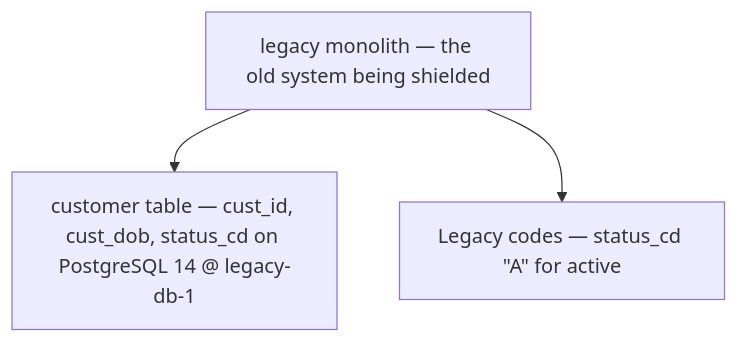
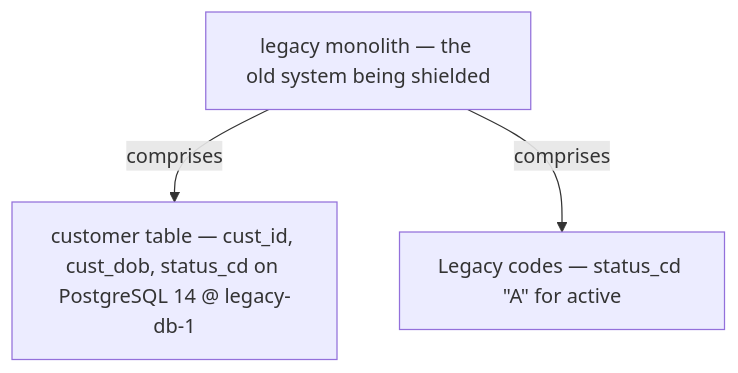
One commit to vinayakuber/microservices-io-study-guide changed the sixth of 12 diagrams in docs/ch43-anti-corruption-layer.md. Above: the diagram before and after it, drawn with Mermaid. The commit also changed other lines of this file and 71 other files, not shown here.

First line of the commit message:
R18: label every diagram arrow with its meaning

````diff
--- a/docs/ch43-anti-corruption-layer.md
+++ b/docs/ch43-anti-corruption-layer.md
@@ -174,6 +174,6 @@
 ```mermaid
 flowchart TD
   R["legacy monolith — the old system being shielded"]
-  R --> P0["customer table — cust_id, cust_dob, status_cd on PostgreSQL 14 @ legacy-db-1"]
-  R --> P1["Legacy codes — status_cd #quot;A#quot; for active"]
+  R -->|"comprises"| P0["customer table — cust_id, cust_dob, status_cd on PostgreSQL 14 @ legacy-db-1"]
+  R -->|"comprises"| P1["Legacy codes — status_cd #quot;A#quot; for active"]
 ```
````
